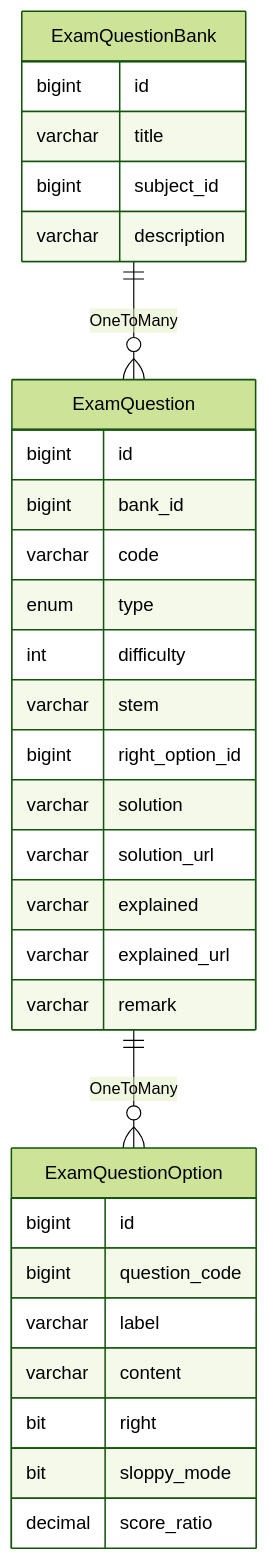
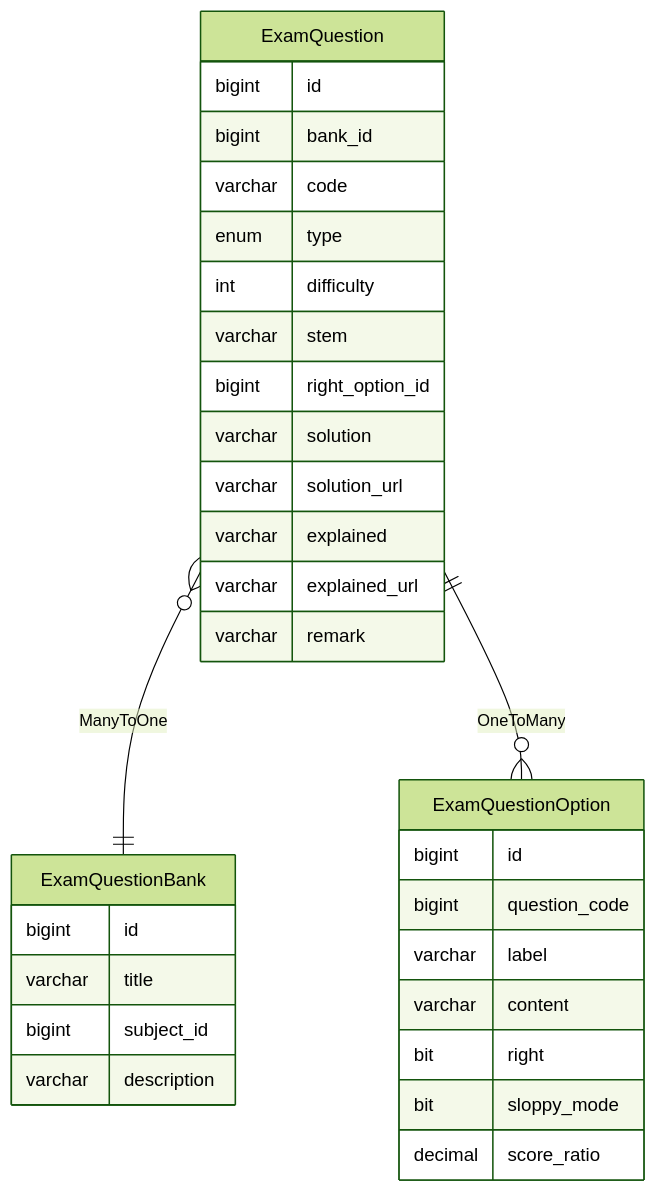
One commit to mrzhqiang/rowing changed the second of 3 diagrams in docs/1.develop/1.10.exam.md. Above: the diagram before and after it, drawn with Mermaid (forest theme). The commit also changed other lines of this file and 10 other files, not shown here.

````diff
--- a/docs/1.develop/1.10.exam.md
+++ b/docs/1.develop/1.10.exam.md
@@ -142,34 +142,34 @@
 ```mermaid
 erDiagram
-  ExamQuestionBank ||--o{ ExamQuestion : OneToMany
+  ExamQuestion }o--|| ExamQuestionBank : ManyToOne
   ExamQuestion ||--o{ ExamQuestionOption : OneToMany
   ExamQuestionBank {
     bigint    id
     varchar   title
     bigint    subject_id
     varchar   description
   }
   ExamQuestion {
     bigint    id
     bigint    bank_id
     varchar   code
     enum      type
     int       difficulty
     varchar   stem
     bigint    right_option_id
     varchar   solution
     varchar   solution_url
     varchar   explained
     varchar   explained_url
     varchar   remark
   }
   ExamQuestionOption {
     bigint    id
     bigint    question_code
     varchar   label
     varchar   content
     bit       right
     bit       sloppy_mode
     decimal   score_ratio
   }
 ```
````
